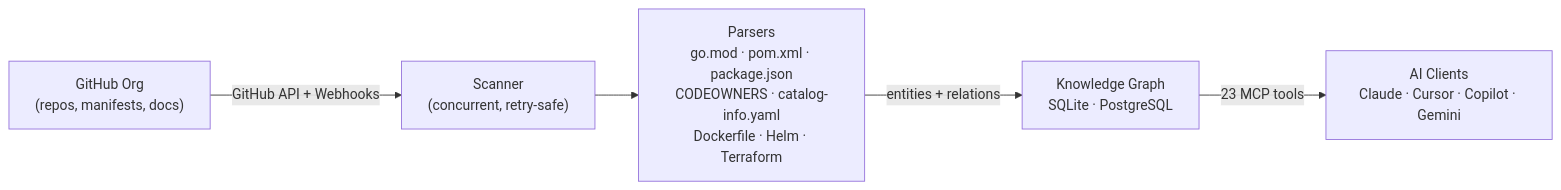
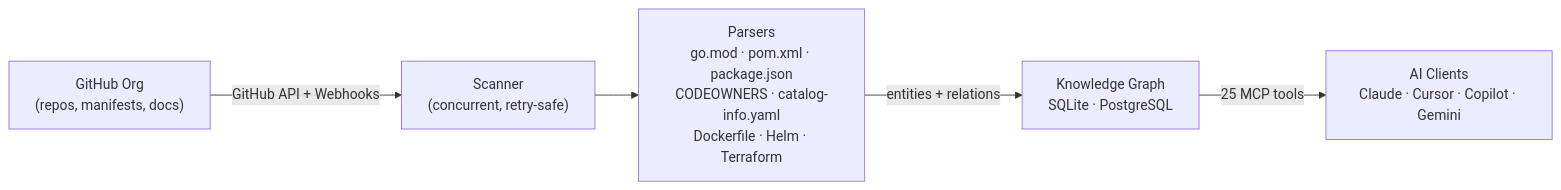
One commit to doc-scout/mcp-server changed the diagram in docs/index.md. Above: the diagram before and after it, drawn with Mermaid. The commit also changed other lines of this file and 2 other files, not shown here.

Commit message:
docs: update audit docs

````diff
--- a/docs/index.md
+++ b/docs/index.md
@@ -38,13 +38,13 @@
 ```mermaid
 graph LR
     GH["GitHub Org\n(repos, manifests, docs)"]
     S["Scanner\n(concurrent, retry-safe)"]
     P["Parsers\ngo.mod · pom.xml · package.json\nCODEOWNERS · catalog-info.yaml\nDockerfile · Helm · Terraform"]
     G["Knowledge Graph\nSQLite · PostgreSQL"]
     AI["AI Clients\nClaude · Cursor · Copilot · Gemini"]
 
     GH -->|"GitHub API + Webhooks"| S
     S --> P
     P -->|"entities + relations"| G
-    G -->|"23 MCP tools"| AI
+    G -->|"25 MCP tools"| AI
 ```
````
